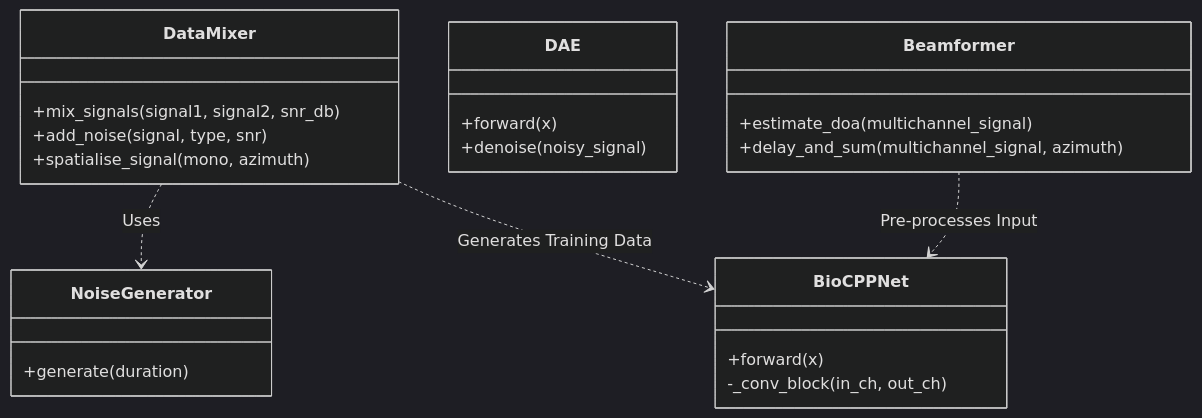
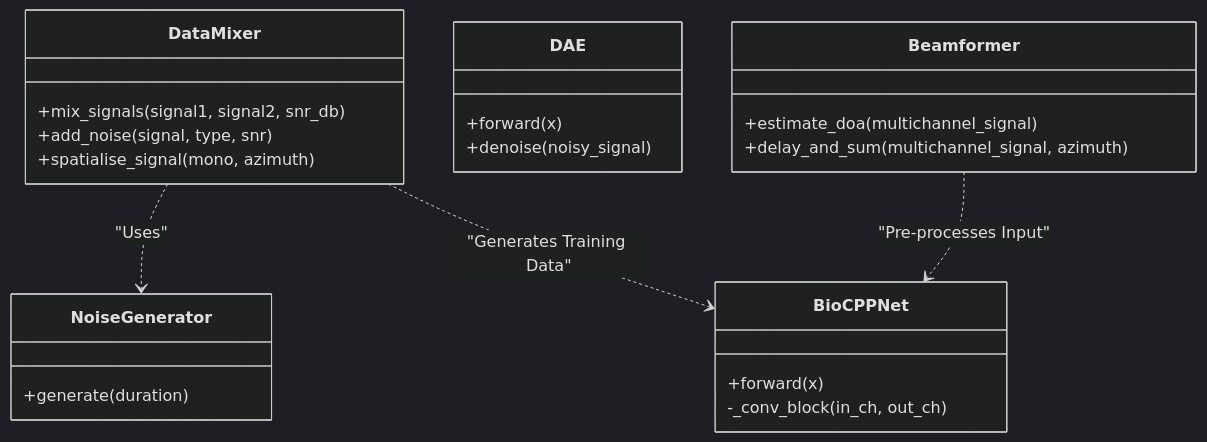
Before and after one commit to paulmziegler/BioCPPNet: the second of 2 diagrams in docs/BioCPPNet/architecture.md, drawn with Mermaid (dark theme). The commit also changed other lines of this file, not shown here.

Commit message:
Fix Mermaid syntax parsing errors in architecture documentation

````diff
--- a/docs/BioCPPNet/architecture.md
+++ b/docs/BioCPPNet/architecture.md
@@ -25,31 +25,31 @@
 ```mermaid
 classDiagram
     class DataMixer {
         +mix_signals(signal1, signal2, snr_db)
         +add_noise(signal, type, snr)
         +spatialise_signal(mono, azimuth)
     }
 
     class BioCPPNet {
         +forward(x)
         -_conv_block(in_ch, out_ch)
     }
     
     class DAE {
         +forward(x)
         +denoise(noisy_signal)
     }
 
     class Beamformer {
         +estimate_doa(multichannel_signal)
         +delay_and_sum(multichannel_signal, azimuth)
     }
     
     class NoiseGenerator {
         +generate(duration)
     }
 
-    DataMixer ..> NoiseGenerator : Uses
-    DataMixer ..> BioCPPNet : Generates Training Data
-    Beamformer ..> BioCPPNet : Pre-processes Input
+    DataMixer ..> NoiseGenerator : "Uses"
+    DataMixer ..> BioCPPNet : "Generates Training Data"
+    Beamformer ..> BioCPPNet : "Pre-processes Input"
 ```
````
